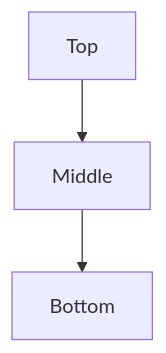
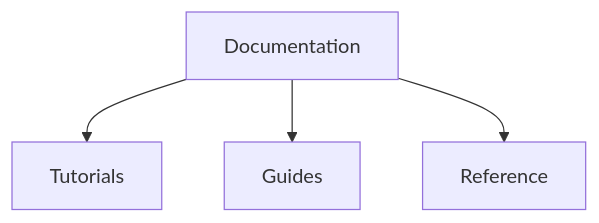
Before and after one commit to r4sky0/sphinx-lumina-theme: the third of 12 diagrams in docs/reference/diagrams.md, drawn with Mermaid. The commit also changed other lines of this file and 9 other files, not shown here.

Commit message:
feat(mermaid): refine diagram design and natural sizing (#150)

````diff
--- a/docs/reference/diagrams.md
+++ b/docs/reference/diagrams.md
@@ -87,5 +94,8 @@
 ```{mermaid}
 flowchart TB
-    A[Top] --> B[Middle]
-    B --> C[Bottom]
+    accTitle: Documentation hierarchy
+    accDescr: A documentation hub links to tutorials, guides, and reference material.
+    hub[Documentation] --> tutorials[Tutorials]
+    hub --> guides[Guides]
+    hub --> reference[Reference]
 ```
````
